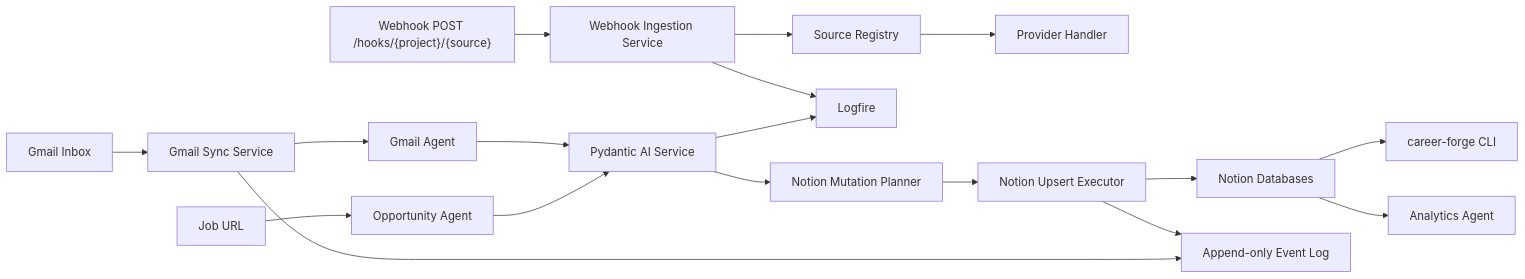
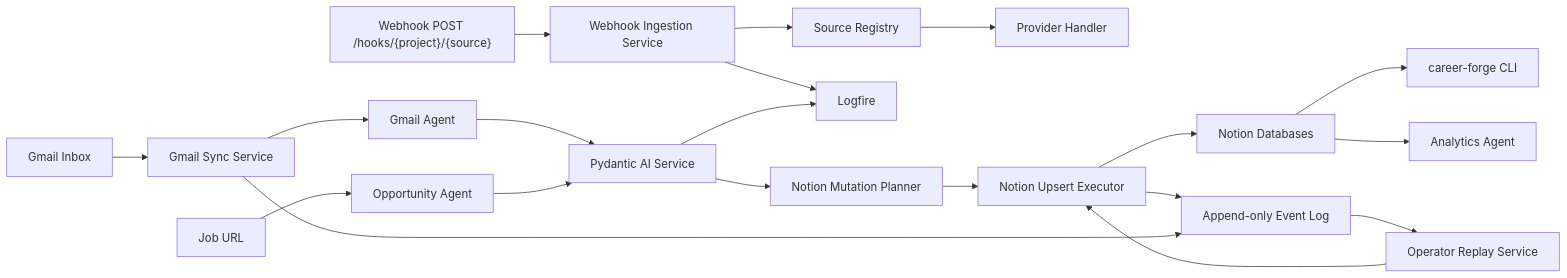
The diagram in ARCHITECTURE.md (dillon-barendt/career-forge), drawn with Mermaid before and after one commit. The commit also changed other lines of this file and 44 other files, not shown here.

````diff
--- a/ARCHITECTURE.md
+++ b/ARCHITECTURE.md
@@ -6,20 +6,22 @@
 ```mermaid
 flowchart LR
     Gmail["Gmail Inbox"] --> GmailSync["Gmail Sync Service"]
     GmailSync --> GmailAgent["Gmail Agent"]
     URL["Job URL"] --> OpportunityAgent["Opportunity Agent"]
     Hook["Webhook POST /hooks/{project}/{source}"] --> WebhookService["Webhook Ingestion Service"]
     WebhookService --> WebhookRegistry["Source Registry"]
     WebhookRegistry --> WebhookHandler["Provider Handler"]
     WebhookService --> Logfire
     GmailAgent --> AI["Pydantic AI Service"]
     OpportunityAgent --> AI
     AI --> Planner["Notion Mutation Planner"]
+    Events --> Replay["Operator Replay Service"]
+    Replay --> Executor
     Planner --> Executor["Notion Upsert Executor"]
     Executor --> Notion["Notion Databases"]
     Executor --> Events["Append-only Event Log"]
     GmailSync --> Events
     AI --> Logfire["Logfire"]
     Notion --> CLI["career-forge CLI"]
     Notion --> Analytics["Analytics Agent"]
 ```
````
